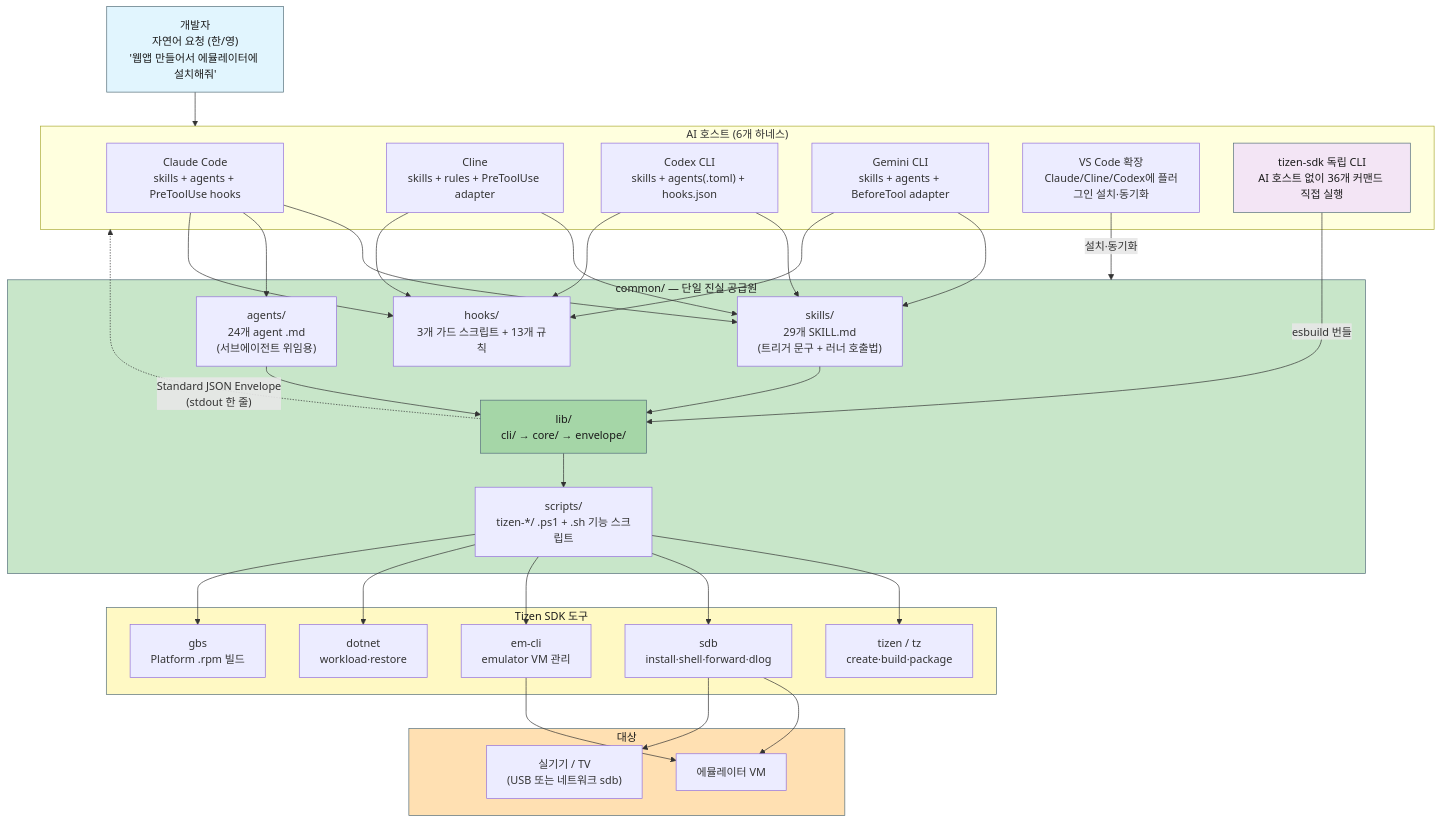
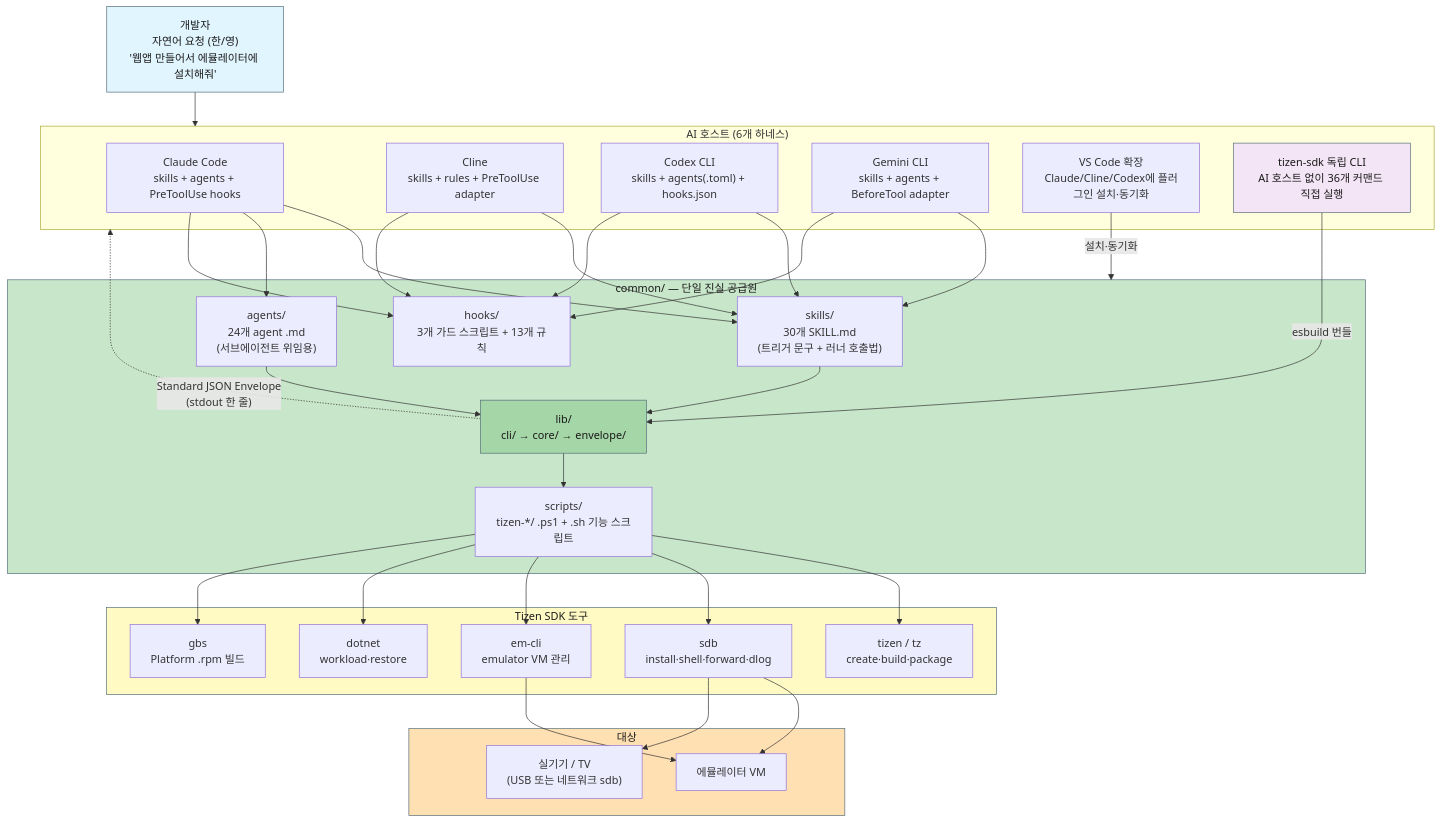
Before and after one commit to Samsung/tizen-agent-skills: the first of 10 diagrams in tizen-sdk-skills/docs/ARCHITECTURE_DIAGRAMS.md, drawn with Mermaid. The commit also changed other lines of this file and 23 other files, not shown here.

First line of the commit message:
docs(tizen-sdk-skills): register tizen-handoff and move the skill count to 30

````diff
--- a/tizen-sdk-skills/docs/ARCHITECTURE_DIAGRAMS.md
+++ b/tizen-sdk-skills/docs/ARCHITECTURE_DIAGRAMS.md
@@ -15,55 +15,55 @@
 ```mermaid
 graph TB
     USER["개발자<br/>자연어 요청 (한/영)<br/>'웹앱 만들어서 에뮬레이터에 설치해줘'"]
 
     subgraph HOSTS["AI 호스트 (6개 하네스)"]
         CLAUDE["Claude Code<br/>skills + agents + PreToolUse hooks"]
         CLINE["Cline<br/>skills + rules + PreToolUse adapter"]
         CODEX["Codex CLI<br/>skills + agents(.toml) + hooks.json"]
         GEMINI["Gemini CLI<br/>skills + agents + BeforeTool adapter"]
         VSCODE["VS Code 확장<br/>Claude/Cline/Codex에 플러그인 설치·동기화"]
         CLI["tizen-sdk 독립 CLI<br/>AI 호스트 없이 36개 커맨드 직접 실행"]
     end
 
     subgraph COMMON["common/ — 단일 진실 공급원"]
-        SKILLS["skills/<br/>29개 SKILL.md<br/>(트리거 문구 + 러너 호출법)"]
+        SKILLS["skills/<br/>30개 SKILL.md<br/>(트리거 문구 + 러너 호출법)"]
         AGENTS["agents/<br/>24개 agent .md<br/>(서브에이전트 위임용)"]
         HOOKS["hooks/<br/>3개 가드 스크립트 + 13개 규칙"]
         LIB["lib/<br/>cli/ → core/ → envelope/"]
         SCRIPTS["scripts/<br/>tizen-*/ .ps1 + .sh 기능 스크립트"]
     end
 
     subgraph SDK["Tizen SDK 도구"]
         TZ["tizen / tz<br/>create·build·package"]
         SDB["sdb<br/>install·shell·forward·dlog"]
         EMCLI["em-cli<br/>emulator VM 관리"]
         DOTNET["dotnet<br/>workload·restore"]
         GBS["gbs<br/>Platform .rpm 빌드"]
     end
 
     subgraph TARGET["대상"]
         EMU["에뮬레이터 VM"]
         DEV["실기기 / TV<br/>(USB 또는 네트워크 sdb)"]
     end
 
     USER --> HOSTS
     CLAUDE & CLINE & CODEX & GEMINI --> SKILLS
     CLAUDE --> AGENTS
     CLAUDE & CLINE & CODEX & GEMINI --> HOOKS
     VSCODE -->|"설치·동기화"| COMMON
     SKILLS --> LIB
     AGENTS --> LIB
     CLI -->|"esbuild 번들"| LIB
     LIB --> SCRIPTS
     SCRIPTS --> TZ & SDB & EMCLI & DOTNET & GBS
     SDB --> EMU & DEV
     EMCLI --> EMU
     LIB -.->|"Standard JSON Envelope<br/>(stdout 한 줄)"| HOSTS
 
     style USER fill:#e1f5fe,stroke:#546e7a,color:#1a1a1a
     style COMMON fill:#c8e6c9,stroke:#546e7a,color:#1a1a1a
     style LIB fill:#a5d6a7,stroke:#546e7a,color:#1a1a1a
     style SDK fill:#fff9c4,stroke:#546e7a,color:#1a1a1a
     style TARGET fill:#ffe0b2,stroke:#546e7a,color:#1a1a1a
     style CLI fill:#f3e5f5,stroke:#546e7a,color:#1a1a1a
 ```
````
